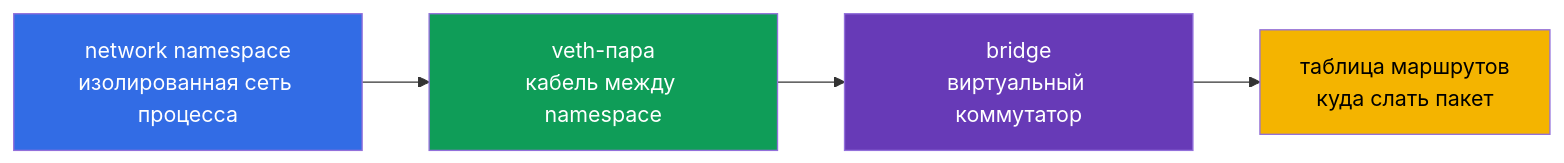
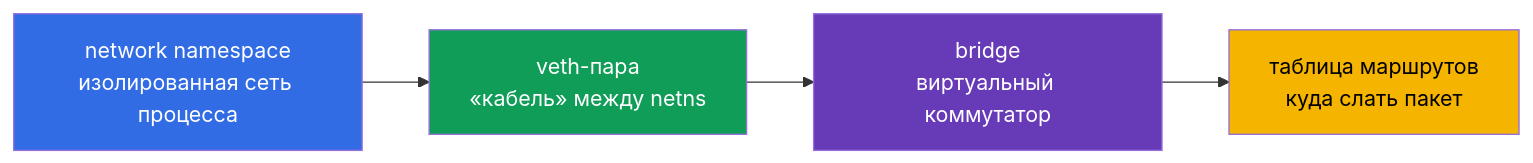
One commit to ViktorUJ/cks changed the first of 7 diagrams in tasks/cka/course/00-7-netns/ru.md. Above: the diagram before and after it, drawn with Mermaid. The commit also changed other lines of this file and 10 other files, not shown here.

````diff
--- a/tasks/cka/course/00-7-netns/ru.md
+++ b/tasks/cka/course/00-7-netns/ru.md
@@ -17,10 +17,10 @@
 ```mermaid
 flowchart LR
-    netns["network namespace<br>изолированная сеть процесса"] --> veth["veth-пара<br>кабель между namespace"]
+    netns["network namespace<br>изолированная сеть процесса"] --> veth["veth-пара<br>«кабель» между netns"]
     veth --> bridge["bridge<br>виртуальный коммутатор"]
     bridge --> route["таблица маршрутов<br>куда слать пакет"]
     style netns fill:#326ce5,color:#fff
     style veth fill:#0f9d58,color:#fff
     style bridge fill:#673ab7,color:#fff
     style route fill:#f4b400,color:#000
 ```
````
